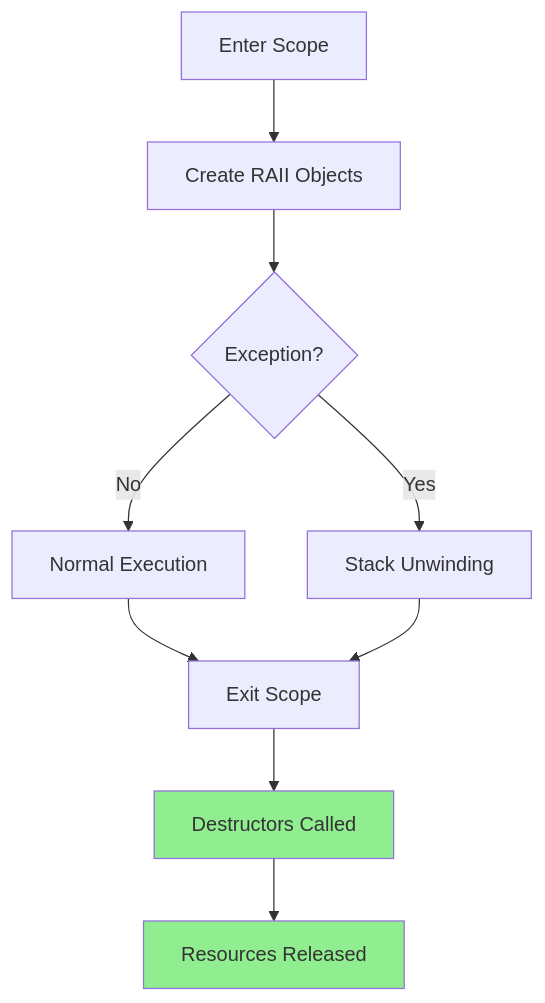
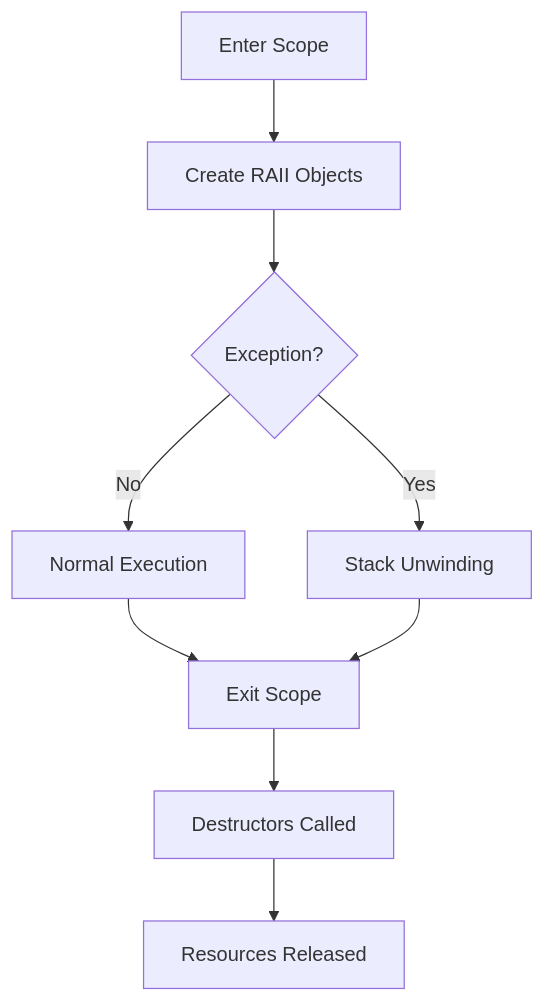
Before and after one commit to AndriiSonsiadlo/knowledge-base: the third of 3 diagrams in docs/programming/cpp/13-idioms-and-design/01-raii.md, drawn with Mermaid. The commit also changed other lines of this file and 6 other files, not shown here.

Commit message:
style (C++): drop hardcoded mermaid fills in stdlib, concurrency and idioms

````diff
--- a/docs/programming/cpp/13-idioms-and-design/01-raii.md
+++ b/docs/programming/cpp/13-idioms-and-design/01-raii.md
@@ -356,14 +355,12 @@
 ```mermaid
 graph TD
     A[Enter Scope] --> B[Create RAII Objects]
     B --> C{Exception?}
     C -->|No| D[Normal Execution]
     C -->|Yes| E[Stack Unwinding]
     D --> F[Exit Scope]
     E --> F
     F --> G[Destructors Called]
     G --> H[Resources Released]
     
-    style G fill:#90EE90
-    style H fill:#90EE90
 ```
````
